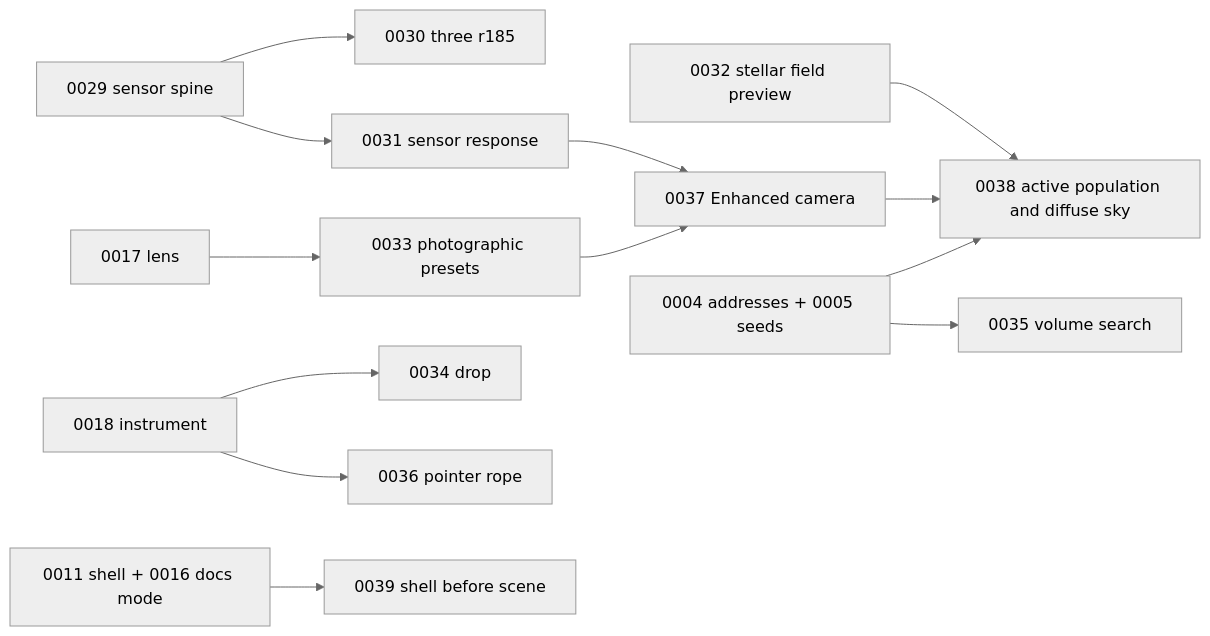
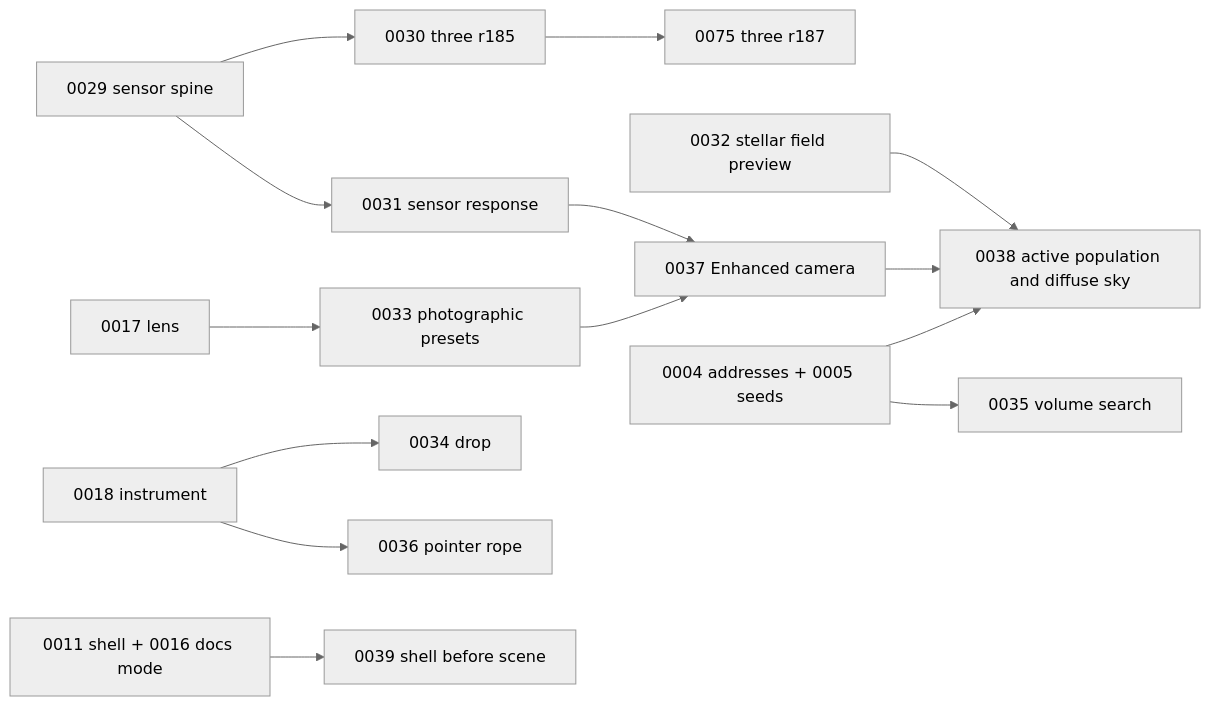
One commit to jonjaques/inertialref changed the second of 2 diagrams in docs/adr/README.md. Above: the diagram before and after it, drawn with Mermaid (neutral theme). The commit also changed other lines of this file and 69 other files, not shown here.

````diff
--- a/docs/adr/README.md
+++ b/docs/adr/README.md
@@ -186,15 +187,16 @@
 ```mermaid
 flowchart LR
     S["0029 sensor spine"] --> T["0030 three r185"]
+    T --> U["0075 three r187"]
     S --> C["0031 sensor response"]
     C --> E["0037 Enhanced camera"]
     L["0017 lens"] --> P["0033 photographic presets"]
     P --> E
     I["0018 instrument"] --> D["0034 drop"]
     I --> R["0036 pointer rope"]
     A["0004 addresses + 0005 seeds"] --> Q["0035 volume search"]
     F["0032 stellar field preview"] --> G["0038 active population and diffuse sky"]
     E --> G
     A --> G
     H["0011 shell + 0016 docs mode"] --> B["0039 shell before scene"]
 ```
````
